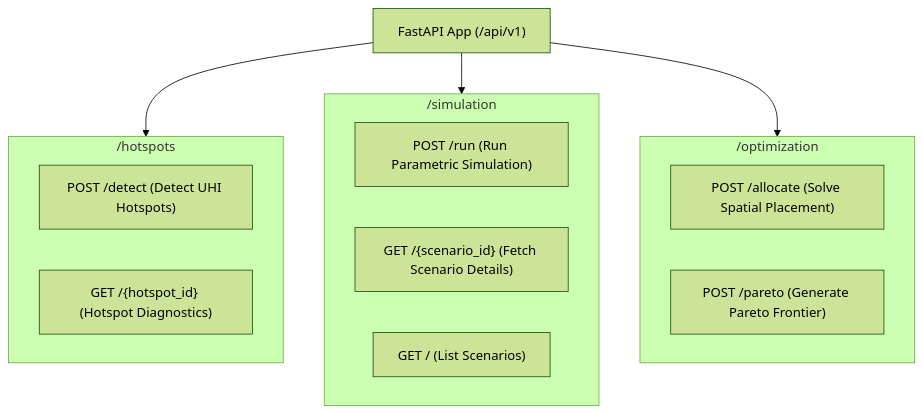
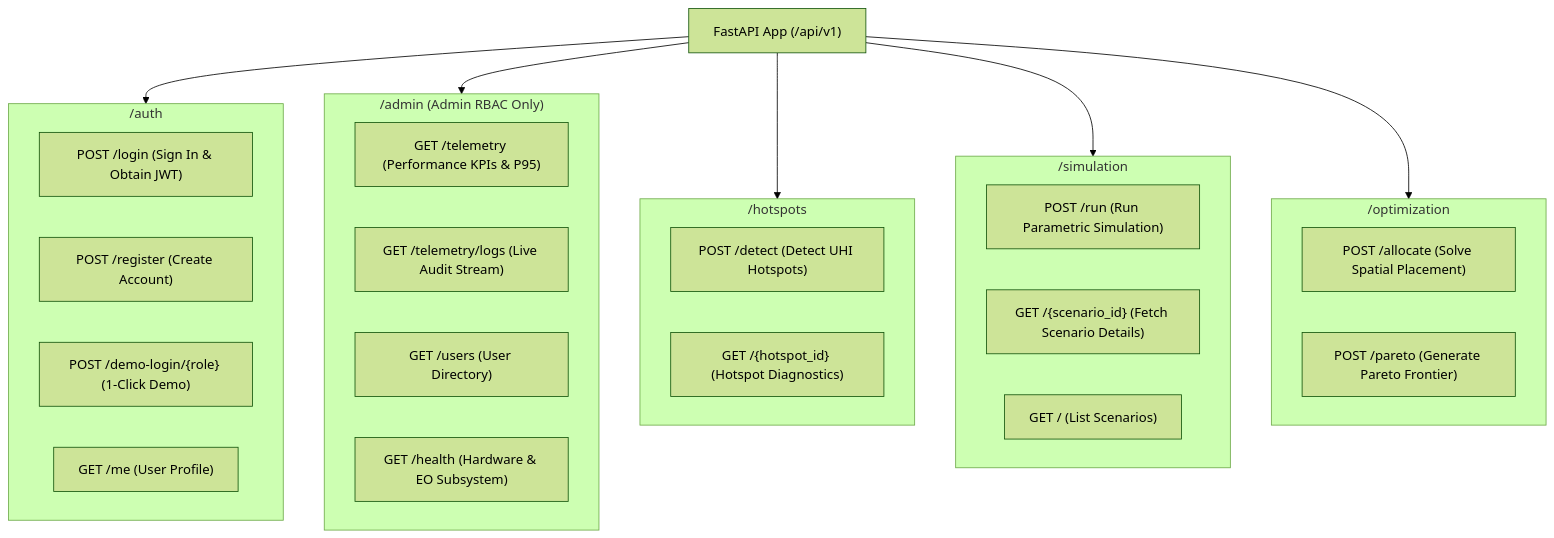
Before and after one commit to Gesicht436/AeroCool-AI: the diagram in src/aerocool_ai/backend_api/routes/README.md, drawn with Mermaid (forest theme). The commit also changed other lines of this file and 48 other files, not shown here.

Commit message:
feat(auth,admin,core): add RBAC auth, telemetry dashboard, and enforce strict error mode

````diff
--- a/src/aerocool_ai/backend_api/routes/README.md
+++ b/src/aerocool_ai/backend_api/routes/README.md
@@ -9,24 +9,40 @@
 ```mermaid
 flowchart TD
     API["FastAPI App (/api/v1)"]
     
+    subgraph Auth ["/auth"]
+        A1["POST /login (Sign In & Obtain JWT)"]
+        A2["POST /register (Create Account)"]
+        A3["POST /demo-login/{role} (1-Click Demo)"]
+        A4["GET /me (User Profile)"]
+    end
+
+    subgraph Admin ["/admin (Admin RBAC Only)"]
+        AD1["GET /telemetry (Performance KPIs & P95)"]
+        AD2["GET /telemetry/logs (Live Audit Stream)"]
+        AD3["GET /users (User Directory)"]
+        AD4["GET /health (Hardware & EO Subsystem)"]
+    end
+
     subgraph Hotspots ["/hotspots"]
         H1["POST /detect (Detect UHI Hotspots)"]
         H2["GET /{hotspot_id} (Hotspot Diagnostics)"]
     end
 
     subgraph Simulation ["/simulation"]
         S1["POST /run (Run Parametric Simulation)"]
         S2["GET /{scenario_id} (Fetch Scenario Details)"]
         S3["GET / (List Scenarios)"]
     end
 
     subgraph Optimization ["/optimization"]
         O1["POST /allocate (Solve Spatial Placement)"]
         O2["POST /pareto (Generate Pareto Frontier)"]
     end
 
+    API --> Auth
+    API --> Admin
     API --> Hotspots
     API --> Simulation
     API --> Optimization
 ```
````
